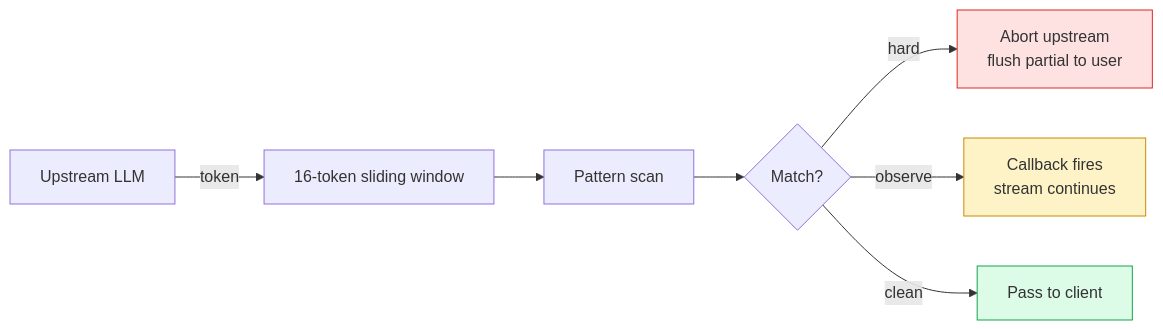
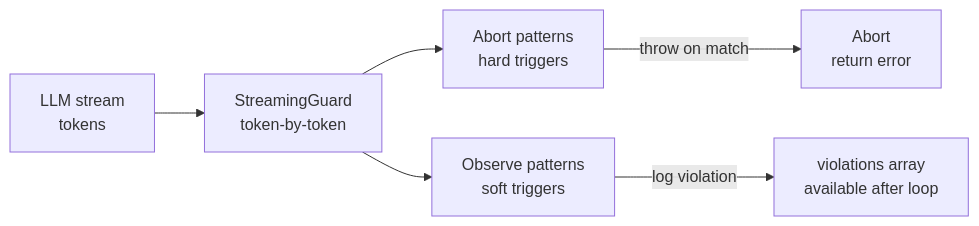
Before and after one commit to ykstorm/tripwire: the diagram in README.md, drawn with Mermaid. The commit also changed other lines of this file, not shown here.

Commit message:
docs: polish README — honest scope, real diagram, working examples

````diff
--- a/README.md
+++ b/README.md
@@ -168,16 +17,12 @@
 ```mermaid
-graph LR
-    Up[Upstream LLM] -->|token| Buf[16-token sliding window]
-    Buf --> Scan[Pattern scan]
-    Scan --> Match{Match?}
-    Match -->|hard| Abort[Abort upstream<br/>flush partial to user]
-    Match -->|observe| Log[Callback fires<br/>stream continues]
-    Match -->|clean| Pass[Pass to client]
-
-    classDef hard fill:#fee2e2,stroke:#dc2626
-    classDef obs fill:#fef3c7,stroke:#ca8a04
-    classDef pass fill:#dcfce7,stroke:#16a34a
-    class Abort hard
-    class Log obs
-    class Pass pass
+flowchart LR
+    S[LLM stream<br/>tokens]
+    G[StreamingGuard<br/>token-by-token]
+    P1[Abort patterns<br/>hard triggers]
+    P2[Observe patterns<br/>soft triggers]
+    G --> P1
+    G --> P2
+    P1 -->|"throw on match"| A[Abort<br/>return error]
+    P2 -->|"log violation"| L[violations array<br/>available after loop]
+    S --> G
 ```
````
